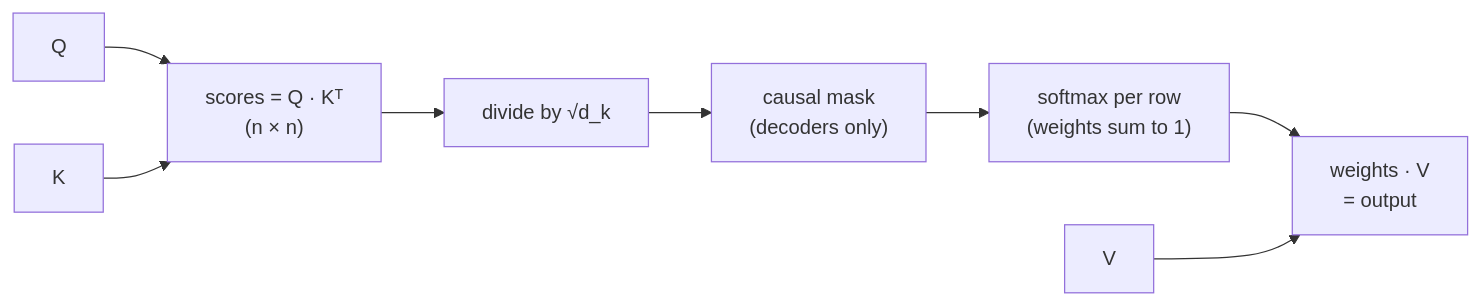
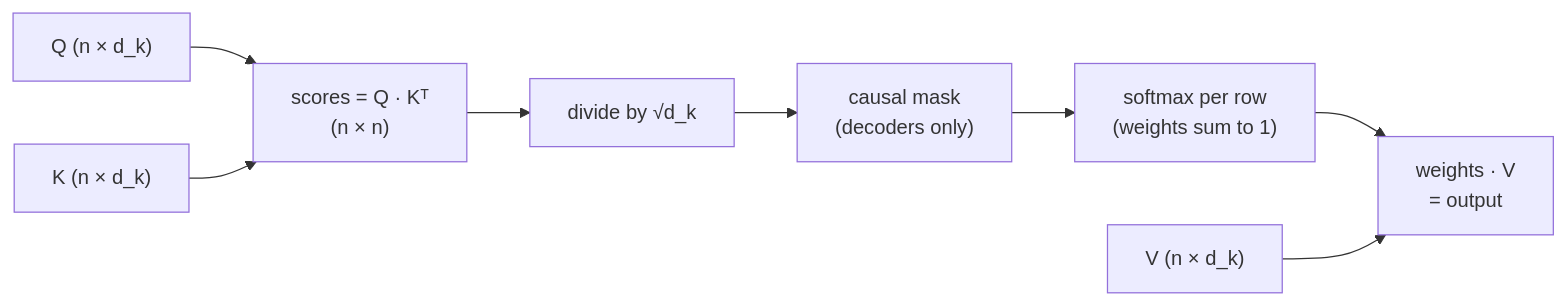
Before and after one commit to sztistvan/llm-explained-handouts: the third of 4 diagrams in docs/03-transformer.md, drawn with Mermaid. The commit also changed other lines of this file, not shown here.

````diff
--- a/docs/03-transformer.md
+++ b/docs/03-transformer.md
@@ -68,10 +93,10 @@
 ```mermaid
 flowchart LR
-    Q["Q"] --> S["scores = Q · Kᵀ<br/>(n × n)"]
-    K["K"] --> S
+    Q["Q (n × d_k)"] --> S["scores = Q · Kᵀ<br/>(n × n)"]
+    K["K (n × d_k)"] --> S
     S --> SC["divide by √d_k"]
     SC --> M["causal mask<br/>(decoders only)"]
     M --> SM["softmax per row<br/>(weights sum to 1)"]
     SM --> O["weights · V<br/>= output"]
-    V["V"] --> O
+    V["V (n × d_k)"] --> O
 ```
````
